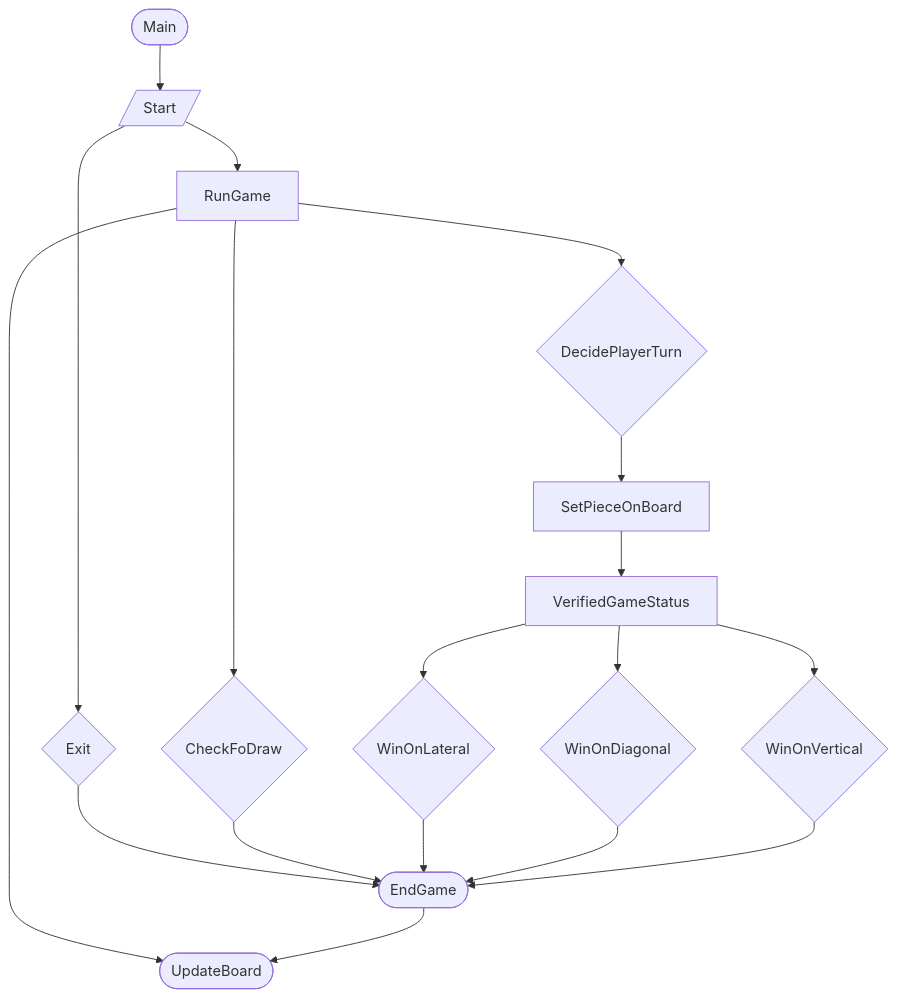
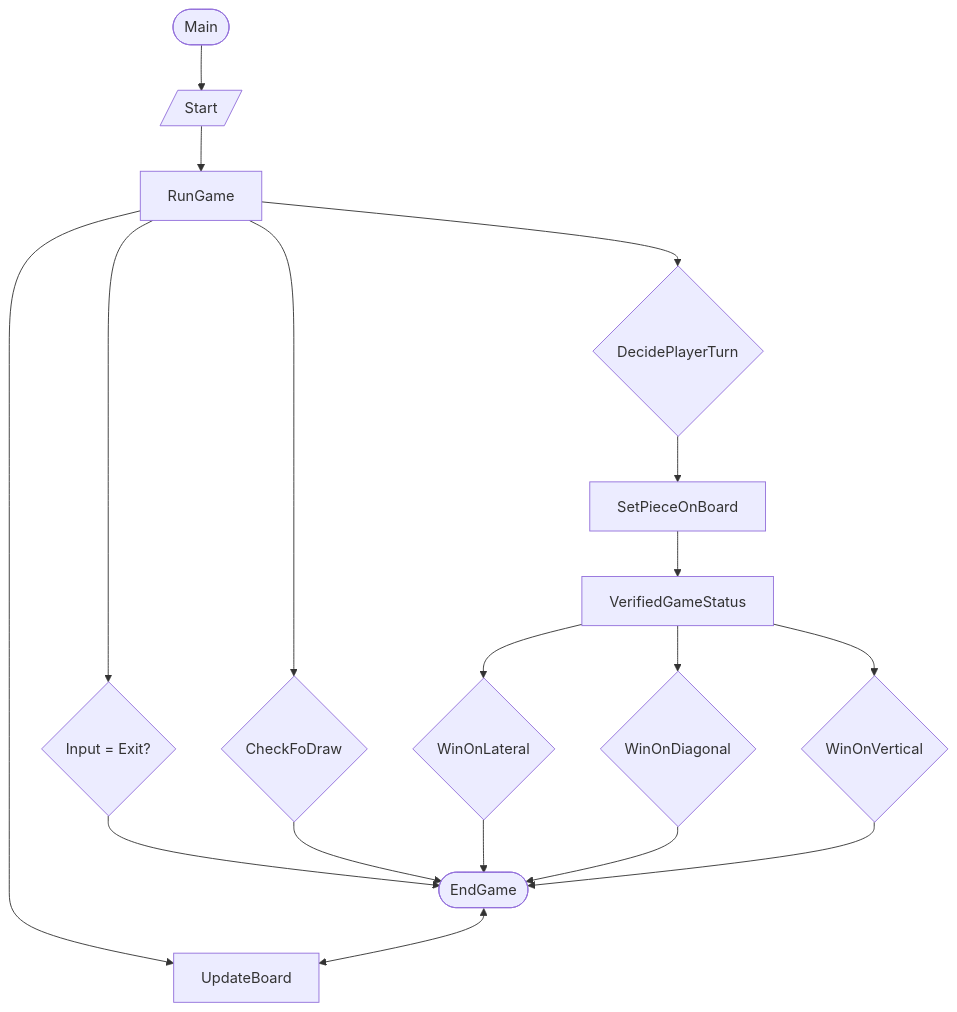
The diagram in README.md (bryanb619/GaloDaVelha), drawn with Mermaid before and after one commit. The commit also changed other lines of this file, not shown here.

Commit message:
Formatted mermaid code Update brings more readability to code

````diff
--- a/README.md
+++ b/README.md
@@ -70,31 +70,31 @@
 ```mermaid
 graph TD
 
   A([Main]) --> B[/"Start"/];
   B         --> C[RunGame];
 
-  B     --> EXIT{Exit}
-  EXIT  --> Z([EndGame])
+  C         --> EXIT{Input = Exit?}
+  EXIT      --> Z([EndGame])
 
-  C     --> D{CheckFoDraw};
-  C     --> E[UpdateBoard];
-  C     --> F{DecidePlayerTurn};
+  C         --> D{CheckFoDraw};
+  C         --> E[UpdateBoard];
+  C         --> F{DecidePlayerTurn};
 
-  D     --> Z([EndGame])
+  D         --> Z([EndGame])
 
-  F     --> G[SetPieceOnBoard];
-  G     --> H[VerifiedGameStatus];
+  F         --> G[SetPieceOnBoard];
+  G         --> H[VerifiedGameStatus];
 
-  H     --> I{WinOnLateral};
-  H     --> K{WinOnDiagonal};
-  H     --> L{WinOnVertical}
+  H         --> I{WinOnLateral};
+  H         --> K{WinOnDiagonal};
+  H         --> L{WinOnVertical}
 
-  I     --> Z([EndGame])
-  K     --> Z([EndGame])
-  L     --> Z([EndGame])
+  I         --> Z([EndGame])
+  K         --> Z([EndGame])
+  L         --> Z([EndGame])
 
-  Z     -->E([UpdateBoard])
+  Z         <-->E[UpdateBoard]
 
 
 
 ```
````
